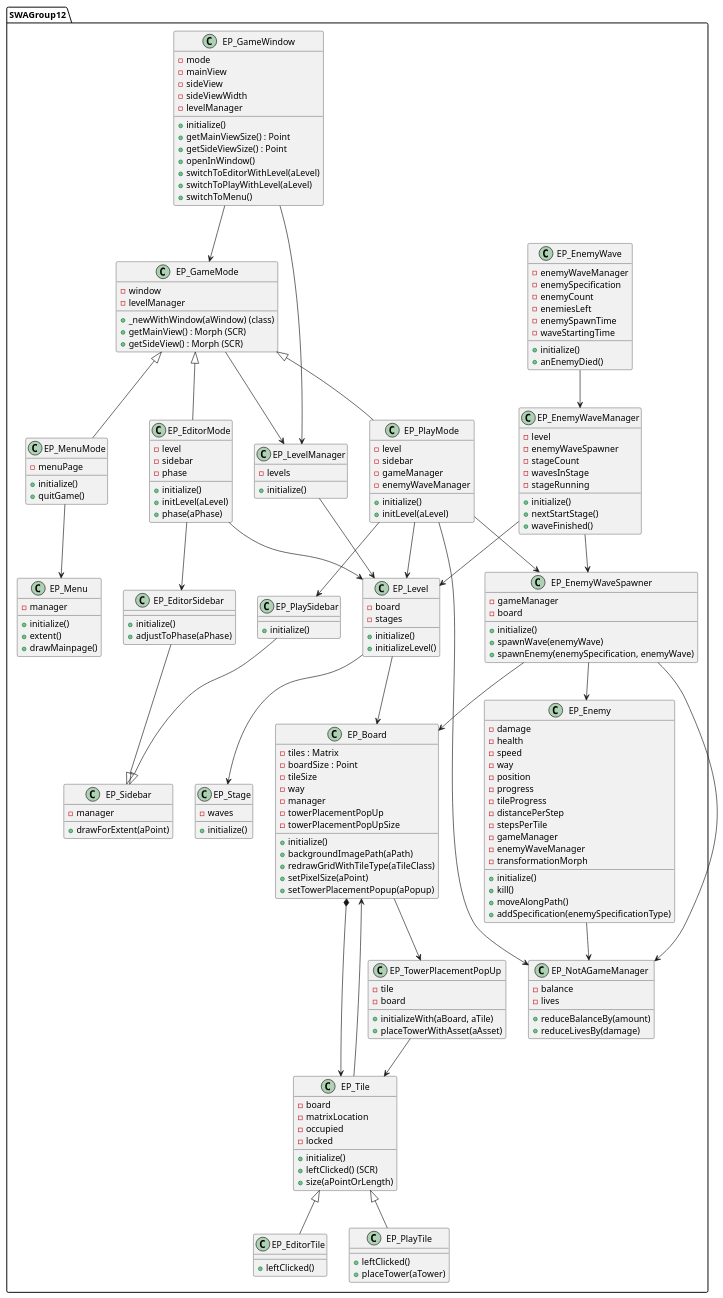
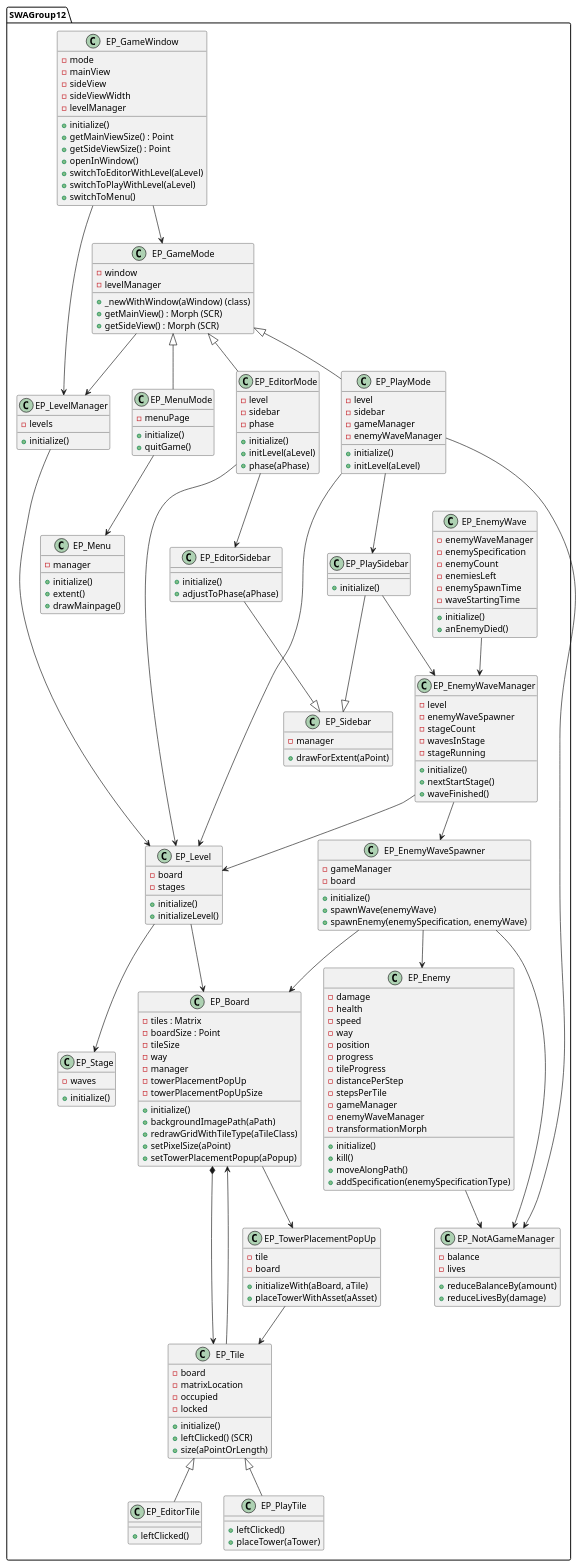
One commit to tobiashornbogen/swa_misc changed the diagram in diagram.puml. Above: the diagram before and after it, drawn with PlantUML. The commit also changed 1 other file, not shown here.

Commit message:
removed connection from PlayMode to EnemyWaveManager

```diff
--- a/diagram.puml
+++ b/diagram.puml
@@ -215,7 +215,6 @@
     
     EP_PlayMode --> EP_Level
     EP_PlayMode --> EP_PlaySidebar
-    EP_PlayMode --> EP_EnemyWaveSpawner
 
     EP_EditorMode --> EP_Level
     EP_EditorMode --> EP_EditorSidebar
@@ -229,6 +228,7 @@
 
     EP_EditorSidebar --|> EP_Sidebar 
     EP_PlaySidebar --|> EP_Sidebar
+    EP_PlaySidebar --> EP_EnemyWaveManager
 }
 
 @enduml
```
